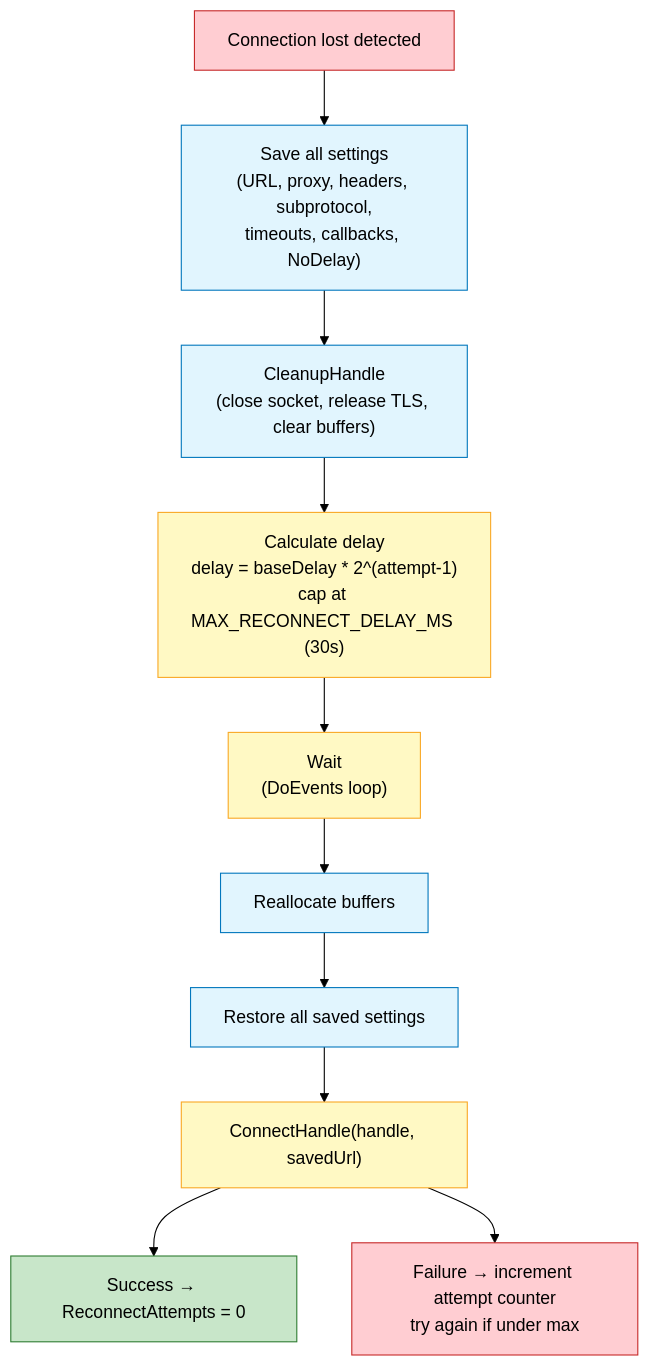
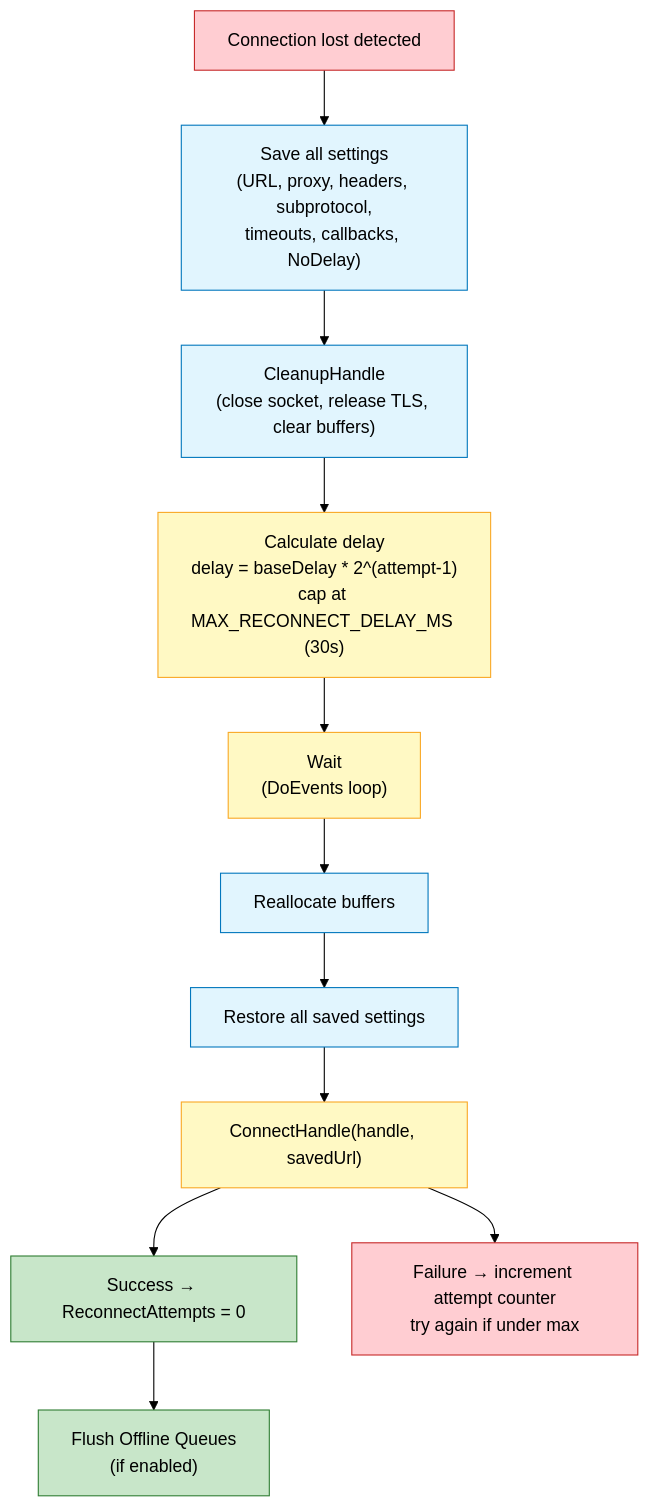
The tenth of 14 diagrams in docs/ARCHITECTURE.md (uesleibros/wasabi), drawn with Mermaid (forest theme) before and after one commit. The commit also changed other lines of this file, not shown here.

First line of the commit message:
Enhance architecture documentation with offline queue details

````diff
--- a/docs/ARCHITECTURE.md
+++ b/docs/ARCHITECTURE.md
@@ -626,28 +626,31 @@
 ```mermaid
 graph TD
     A["Connection lost detected"]
     B["Save all settings<br/>(URL, proxy, headers, subprotocol,<br/>timeouts, callbacks, NoDelay)"]
     C["CleanupHandle<br/>(close socket, release TLS, clear buffers)"]
     D["Calculate delay<br/>delay = baseDelay * 2^(attempt-1)<br/>cap at MAX_RECONNECT_DELAY_MS (30s)"]
     E["Wait<br/>(DoEvents loop)"]
     F["Reallocate buffers"]
     G["Restore all saved settings"]
     H["ConnectHandle(handle, savedUrl)"]
     I["Success → ReconnectAttempts = 0"]
+    K["Flush Offline Queues<br/>(if enabled)"]
     J["Failure → increment attempt counter<br/>try again if under max"]
 
     A --> B --> C --> D --> E --> F --> G --> H
     H --> I
+    I --> K
     H --> J
 
     style A fill:#ffcdd2,stroke:#c62828
     style B fill:#e1f5fe,stroke:#0277bd
     style C fill:#e1f5fe,stroke:#0277bd
     style D fill:#fff9c4,stroke:#f9a825
     style E fill:#fff9c4,stroke:#f9a825
     style F fill:#e1f5fe,stroke:#0277bd
     style G fill:#e1f5fe,stroke:#0277bd
     style H fill:#fff9c4,stroke:#f9a825
     style I fill:#c8e6c9,stroke:#2e7d32
+    style K fill:#c8e6c9,stroke:#2e7d32
     style J fill:#ffcdd2,stroke:#c62828
 ```
````
